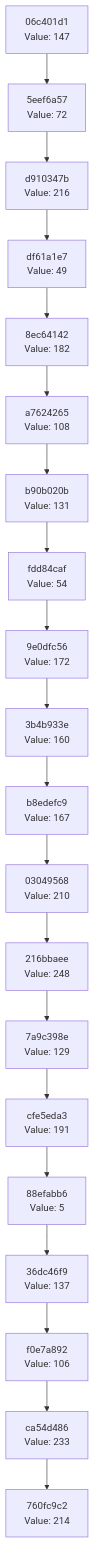
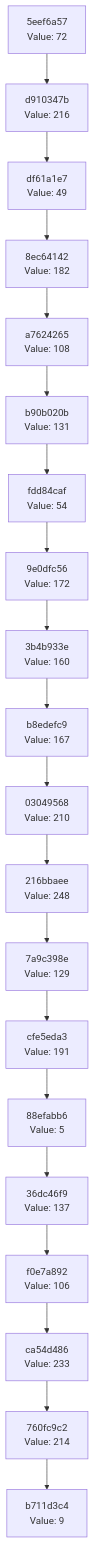
The diagram in docs/CHAIN_VISUALIZATION.md (Abhisheksinha1506/hash-chain-evolver), drawn with Mermaid before and after one commit. The commit also changed 2 other files, not shown here.

Commit message:
Evolution Step

````diff
--- a/docs/CHAIN_VISUALIZATION.md
+++ b/docs/CHAIN_VISUALIZATION.md
@@ -3,42 +3,42 @@
 ```mermaid
 graph TD
-    C0["760fc9c2<br/>Value: 214"]
-    C1["ca54d486<br/>Value: 233"]
+    C0["b711d3c4<br/>Value: 9"]
+    C1["760fc9c2<br/>Value: 214"]
     C1 --> C0
-    C2["f0e7a892<br/>Value: 106"]
+    C2["ca54d486<br/>Value: 233"]
     C2 --> C1
-    C3["36dc46f9<br/>Value: 137"]
+    C3["f0e7a892<br/>Value: 106"]
     C3 --> C2
-    C4["88efabb6<br/>Value: 5"]
+    C4["36dc46f9<br/>Value: 137"]
     C4 --> C3
-    C5["cfe5eda3<br/>Value: 191"]
+    C5["88efabb6<br/>Value: 5"]
     C5 --> C4
-    C6["7a9c398e<br/>Value: 129"]
+    C6["cfe5eda3<br/>Value: 191"]
     C6 --> C5
-    C7["216bbaee<br/>Value: 248"]
+    C7["7a9c398e<br/>Value: 129"]
     C7 --> C6
-    C8["03049568<br/>Value: 210"]
+    C8["216bbaee<br/>Value: 248"]
     C8 --> C7
-    C9["b8edefc9<br/>Value: 167"]
+    C9["03049568<br/>Value: 210"]
     C9 --> C8
-    C10["3b4b933e<br/>Value: 160"]
+    C10["b8edefc9<br/>Value: 167"]
     C10 --> C9
-    C11["9e0dfc56<br/>Value: 172"]
+    C11["3b4b933e<br/>Value: 160"]
     C11 --> C10
-    C12["fdd84caf<br/>Value: 54"]
+    C12["9e0dfc56<br/>Value: 172"]
     C12 --> C11
-    C13["b90b020b<br/>Value: 131"]
+    C13["fdd84caf<br/>Value: 54"]
     C13 --> C12
-    C14["a7624265<br/>Value: 108"]
+    C14["b90b020b<br/>Value: 131"]
     C14 --> C13
-    C15["8ec64142<br/>Value: 182"]
+    C15["a7624265<br/>Value: 108"]
     C15 --> C14
-    C16["df61a1e7<br/>Value: 49"]
+    C16["8ec64142<br/>Value: 182"]
     C16 --> C15
-    C17["d910347b<br/>Value: 216"]
+    C17["df61a1e7<br/>Value: 49"]
     C17 --> C16
-    C18["5eef6a57<br/>Value: 72"]
+    C18["d910347b<br/>Value: 216"]
     C18 --> C17
-    C19["06c401d1<br/>Value: 147"]
+    C19["5eef6a57<br/>Value: 72"]
     C19 --> C18
 ```
````
